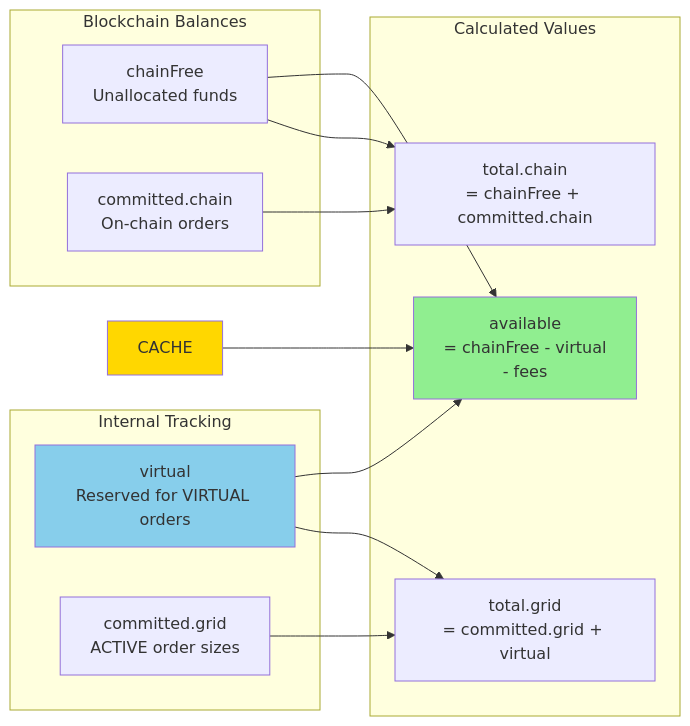
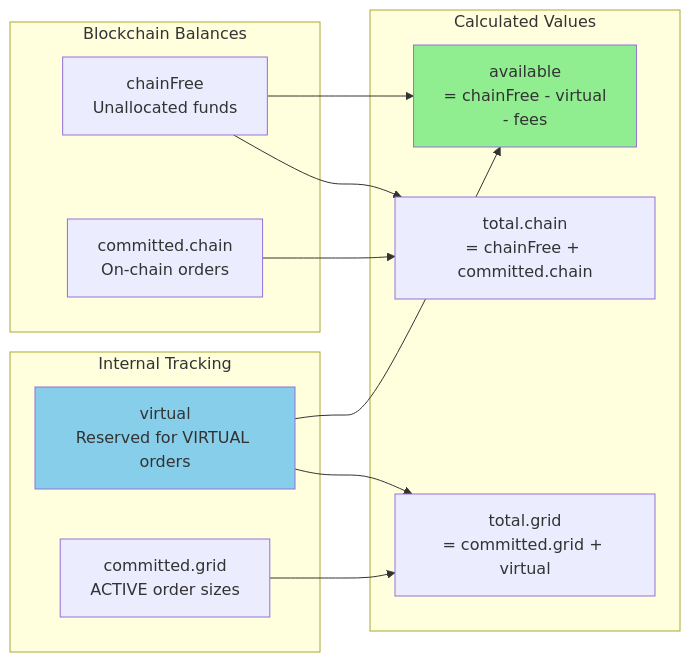
Before and after one commit to technologiespro/DEXBot2: the fifth of 13 diagrams in docs/architecture.md, drawn with Mermaid. The commit also changed 1 other file, not shown here.

Commit message:
docs: add crash report and fix stale CACHE node in fund flow diagram
Add IOB.XRP/BTS crash analysis report covering Jan 19–Mar 5, 2026.
Remove orphaned CACHE node from the fund flow mermaid diagram in
architecture.md — cacheFunds was removed from the codebase but the
diagram node was never cleaned up.

````diff
--- a/docs/architecture.md
+++ b/docs/architecture.md
@@ -771,32 +771,30 @@
 ```mermaid
 graph LR
     subgraph "Blockchain Balances"
         CHAIN_FREE[chainFree<br/>Unallocated funds]
         CHAIN_COMMITTED[committed.chain<br/>On-chain orders]
     end
     
     subgraph "Internal Tracking"
         VIRTUAL[virtual<br/>Reserved for VIRTUAL orders]
         GRID_COMMITTED[committed.grid<br/>ACTIVE order sizes]
     end
     
     subgraph "Calculated Values"
         AVAILABLE[available<br/>= chainFree - virtual<br/>- fees]
         TOTAL_CHAIN[total.chain<br/>= chainFree + committed.chain]
         TOTAL_GRID[total.grid<br/>= committed.grid + virtual]
     end
     
     CHAIN_FREE --> AVAILABLE
     VIRTUAL --> AVAILABLE
-    CACHE --> AVAILABLE
-    
+
     CHAIN_FREE --> TOTAL_CHAIN
     CHAIN_COMMITTED --> TOTAL_CHAIN
-    
+
     GRID_COMMITTED --> TOTAL_GRID
     VIRTUAL --> TOTAL_GRID
-    
+
     style AVAILABLE fill:#90EE90
-    style CACHE fill:#FFD700
     style VIRTUAL fill:#87CEEB
 ```
````
